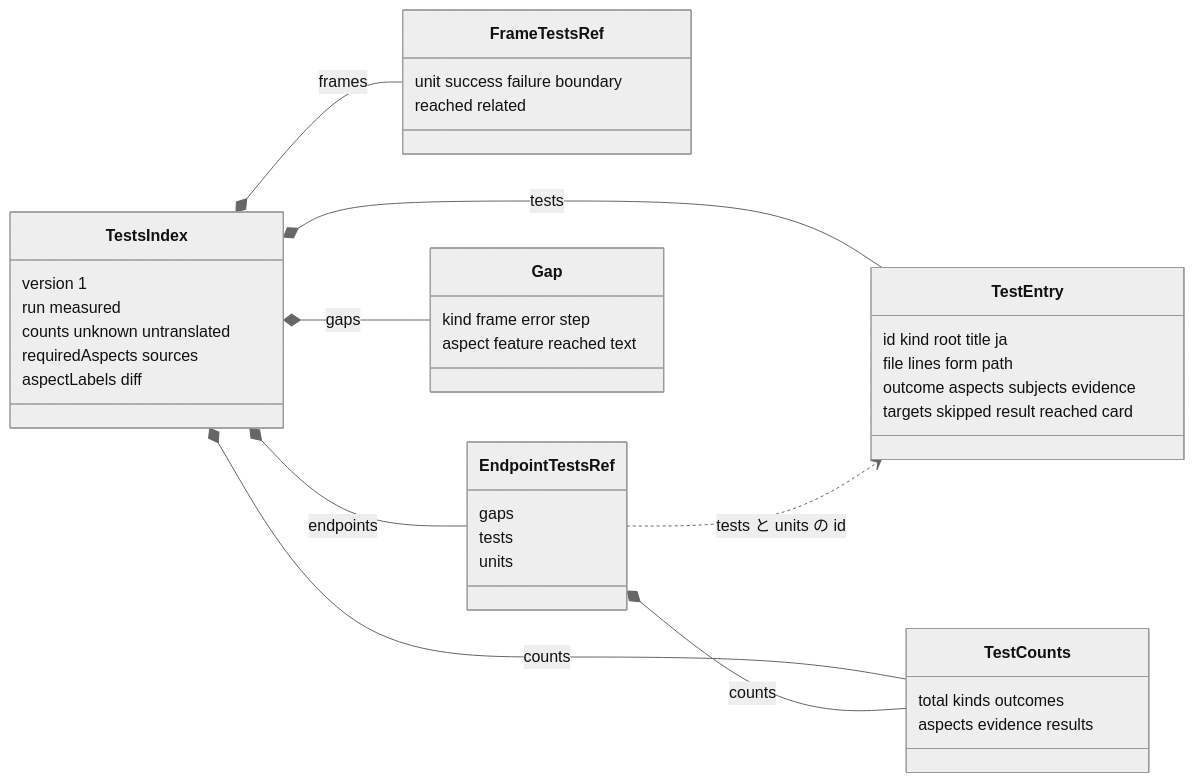
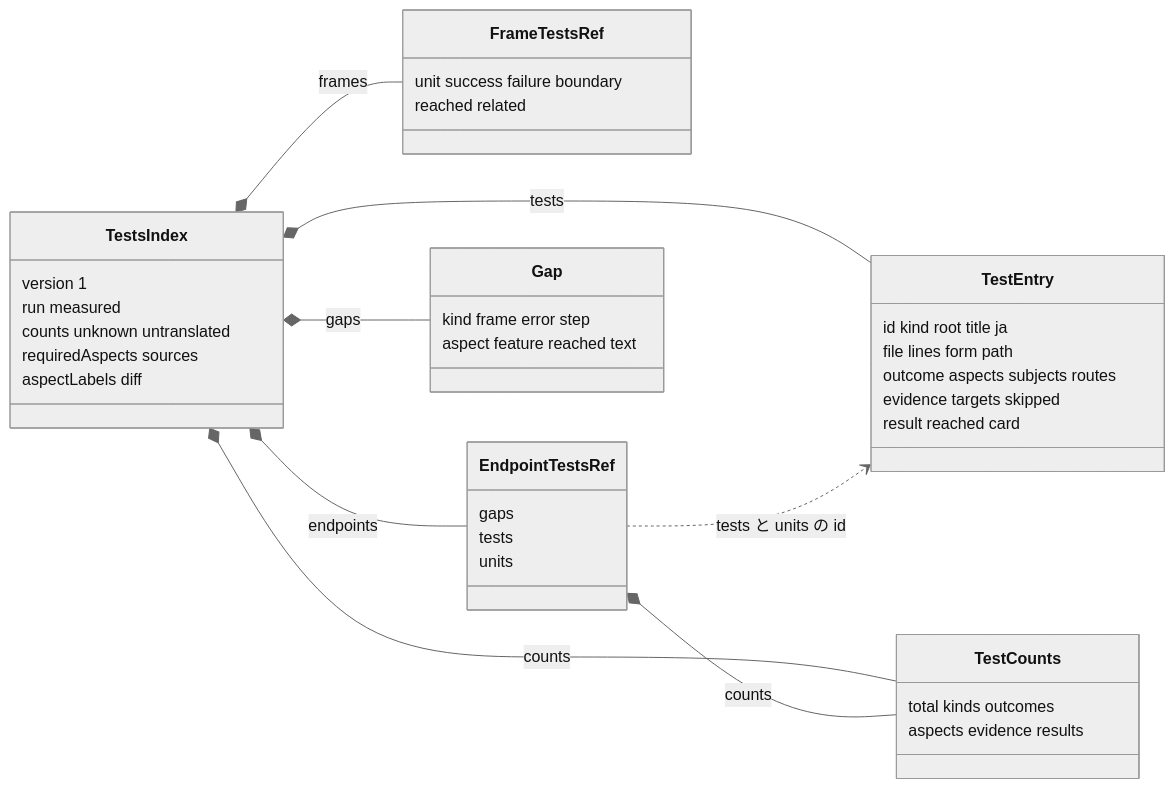
One commit to maronnjapan/maronn-openid-connect changed diagram 21 of 22 in apps/tests/docs/05-data.md. Above: the diagram before and after it, drawn with Mermaid (neutral theme). The commit also changed other lines of this file and 11 other files, not shown here.

````diff
--- a/apps/tests/docs/05-data.md
+++ b/apps/tests/docs/05-data.md
@@ -885,41 +939,42 @@
 ```mermaid
 classDiagram
   direction LR
   class TestsIndex {
     version 1
     run measured
     counts unknown untranslated
     requiredAspects sources
     aspectLabels diff
   }
   class TestEntry {
     id kind root title ja
     file lines form path
-    outcome aspects subjects evidence
-    targets skipped result reached card
+    outcome aspects subjects routes
+    evidence targets skipped
+    result reached card
   }
   class FrameTestsRef {
     unit success failure boundary
     reached related
   }
   class EndpointTestsRef {
     gaps
     tests
     units
   }
   class TestCounts {
     total kinds outcomes
     aspects evidence results
   }
   class Gap {
     kind frame error step
     aspect feature reached text
   }
   TestsIndex *-- TestEntry : tests
   TestsIndex *-- FrameTestsRef : frames
   TestsIndex *-- EndpointTestsRef : endpoints
   TestsIndex *-- TestCounts : counts
   TestsIndex *-- Gap : gaps
   EndpointTestsRef *-- TestCounts : counts
   EndpointTestsRef ..> TestEntry : tests と units の id
 ```
````
